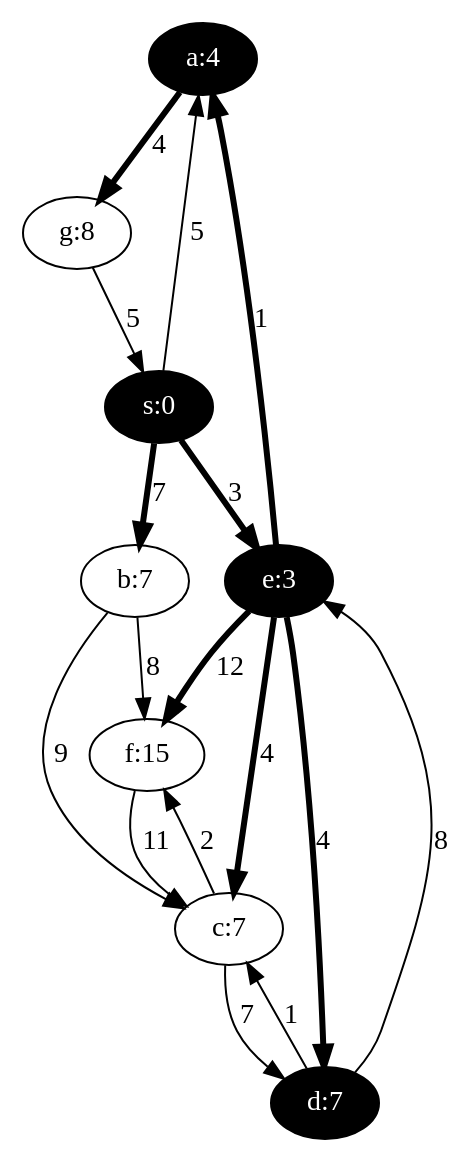
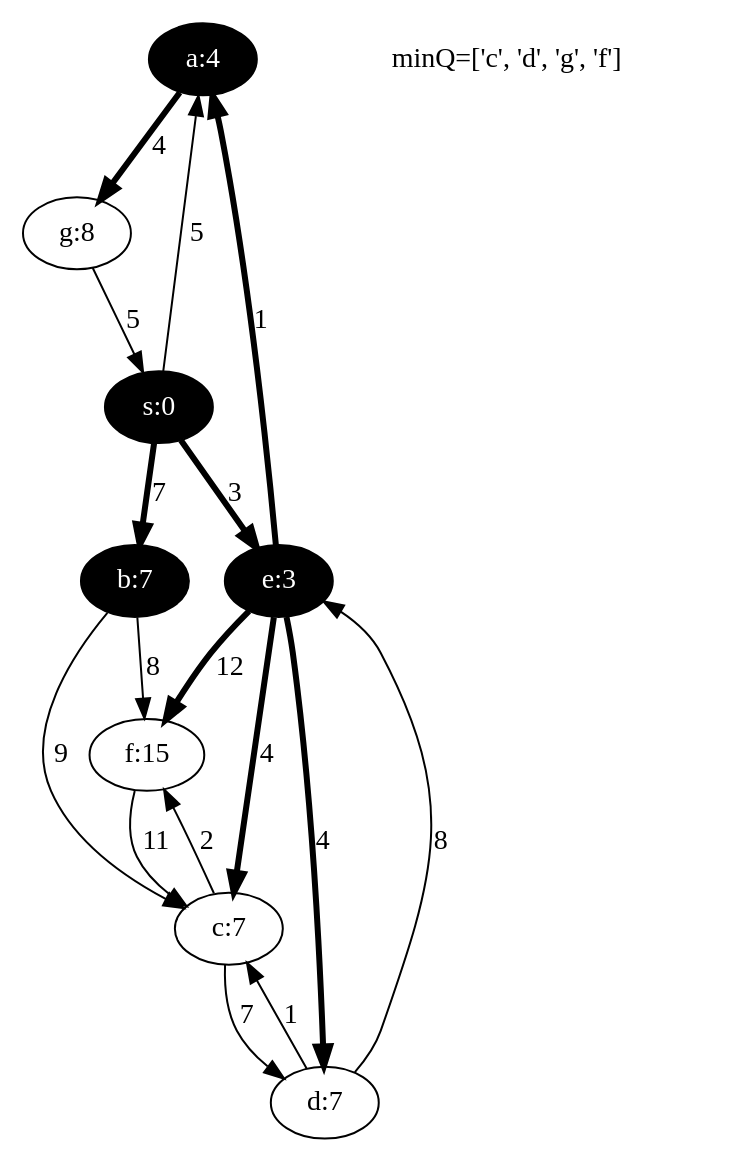
Before and after one commit to nicolasrenet/Graphs: the diagram in examples/dijkstra_gross_yellen_04.dot, drawn with Graphviz. The commit also changed 214 other files, not shown here.

Commit message:
Added an extra key (label) to the vertex comparison function. Dijkstra's key shows content of the min queue. Various layout changes in the LaTeX documents (added an figure width ratio option to alg_to_tex.py). Cleaned up the Makefile.

```diff
--- a/examples/dijkstra_gross_yellen_04.dot
+++ b/examples/dijkstra_gross_yellen_04.dot
@@ -1,26 +1,27 @@
 Digraph {
 a [ label="a:4" fontcolor=white style=filled fontname="time-bold" fillcolor=black ];
-b [ label="b:7" ];
+b [ label="b:7" fontcolor=white style=filled fontname="time-bold" fillcolor=black ];
 c [ label="c:7" ];
-d [ label="d:7" fontcolor=white style=filled fontname="time-bold" fillcolor=black ];
+d [ label="d:7" ];
 e [ label="e:3" fontcolor=white style=filled fontname="time-bold" fillcolor=black ];
 f [ label="f:15" ];
 g [ label="g:8" ];
 s [ label="s:0" fontcolor=white style=filled fontname="time-bold" fillcolor=black ];
 a->g[label="4", penwidth=3];
 b->c[label="9", penwidth=1];
 b->f[label="8", penwidth=1];
 c->d[label="7", penwidth=1];
 c->f[label="2", penwidth=1];
 d->e[label="8", penwidth=1];
 d->c[label="1", penwidth=1];
 e->a[label="1", penwidth=3];
 e->c[label="4", penwidth=3];
 e->d[label="4", penwidth=3];
 e->f[label="12", penwidth=3];
 f->c[label="11", penwidth=1];
 g->s[label="5", penwidth=1];
 s->a[label="5", penwidth=1];
 s->b[label="7", penwidth=3];
 s->e[label="3", penwidth=3];
+legend[label="minQ=['c', 'd', 'g', 'f']", color=white];
 }
```
